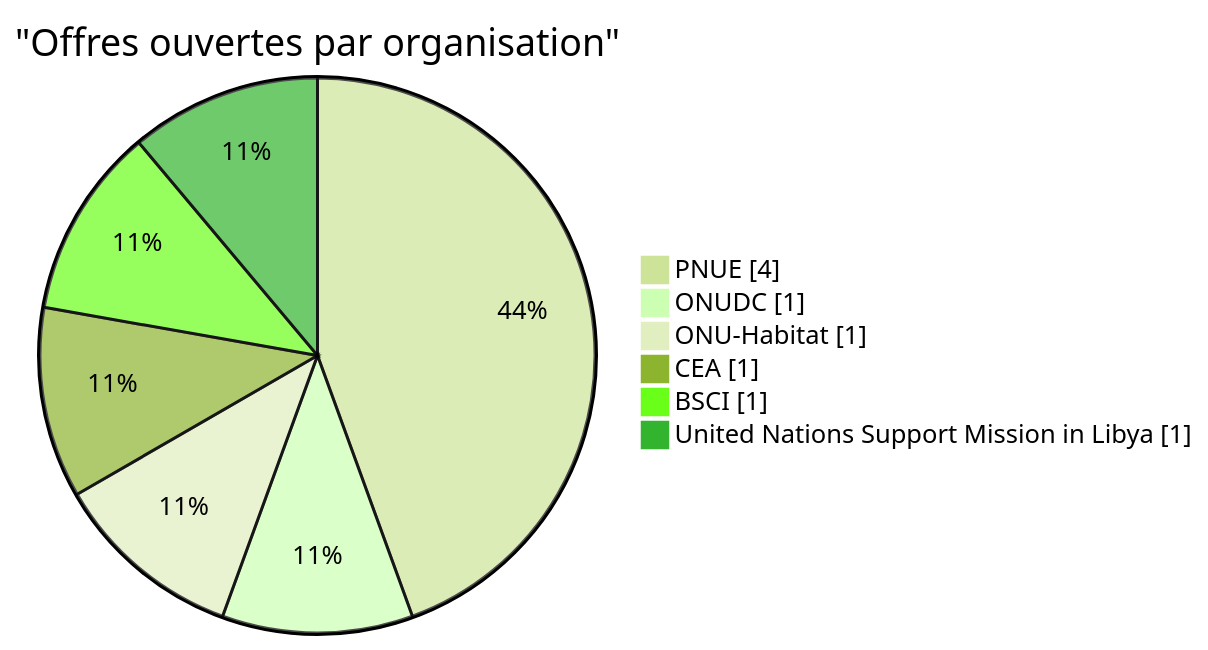
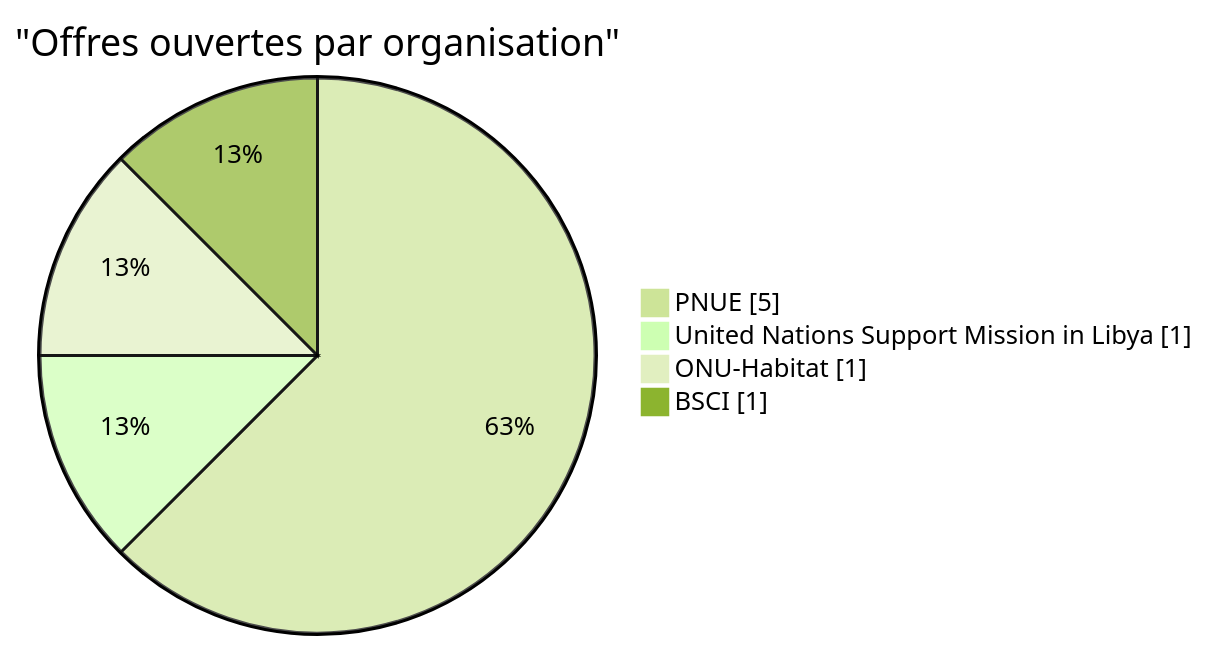
Before and after one commit to Abusooma/offres-tech-africa: the second of 3 diagrams in README.md, drawn with Mermaid (forest theme). The commit also changed other lines of this file and 2 other files, not shown here.

Commit message:
data: 1 nouvelle offre tech le 2026-11-24 (PNUE)

````diff
--- a/README.md
+++ b/README.md
@@ -85,10 +66,8 @@
 ```mermaid
 pie showData
     title "Offres ouvertes par organisation"
-    "PNUE" : 4
-    "ONUDC" : 1
+    "PNUE" : 5
+    "United Nations Support Mission in Libya" : 1
     "ONU-Habitat" : 1
-    "CEA" : 1
     "BSCI" : 1
-    "United Nations Support Mission in Libya" : 1
 ```
````
